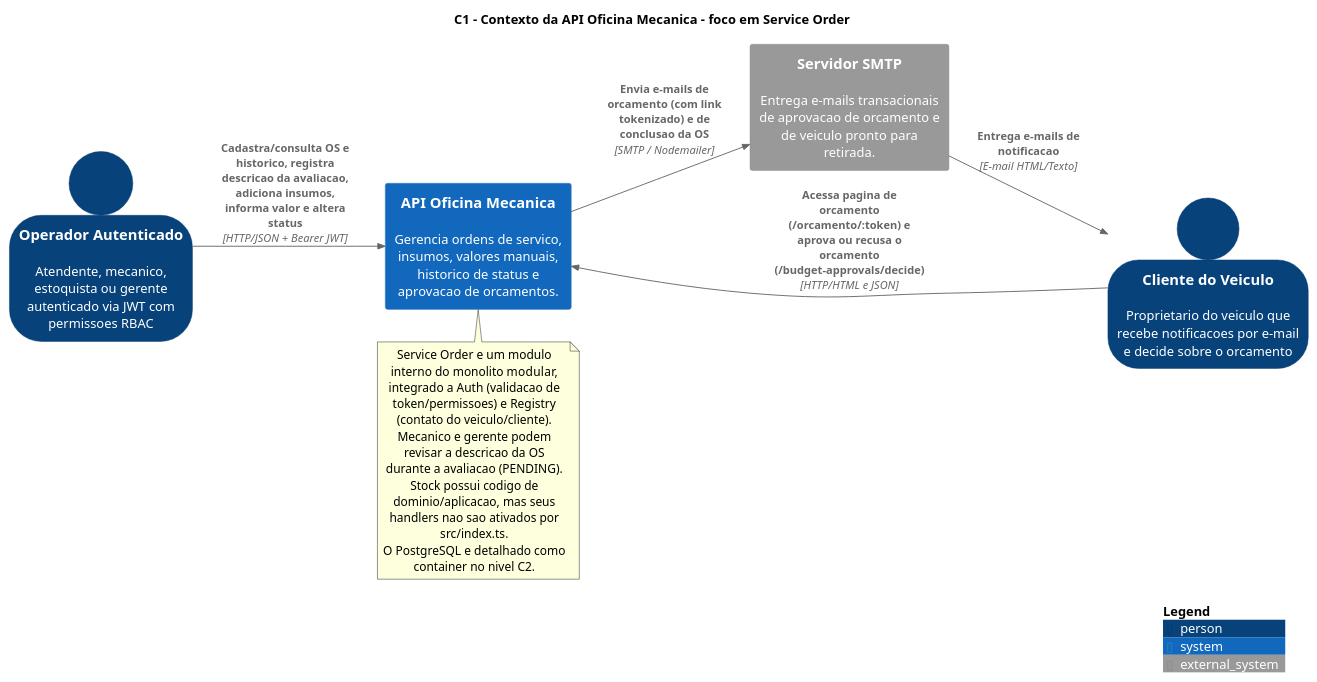
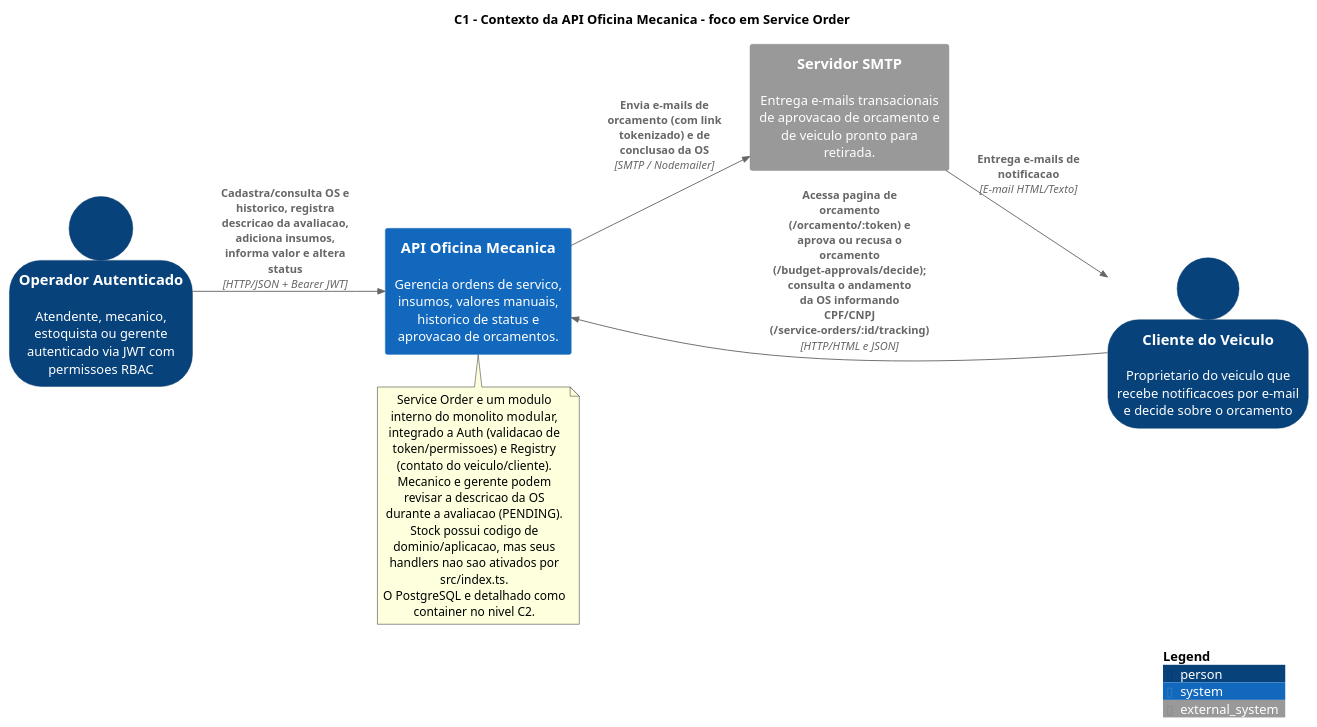
One commit to 15soat-fiap-45/api.mecanica changed the diagram in docs/plantuml/c4-service-order-context.puml. Above: the diagram before and after it, drawn with PlantUML. The commit also changed 21 other files, not shown here.

```diff
--- a/docs/plantuml/c4-service-order-context.puml
+++ b/docs/plantuml/c4-service-order-context.puml
@@ -1,25 +1,25 @@
 @startuml service_order_c1_context
 !include https://raw.githubusercontent.com/plantuml-stdlib/C4-PlantUML/master/C4_Context.puml
 title C1 - Contexto da API Oficina Mecanica - foco em Service Order
 LAYOUT_LEFT_RIGHT()
 SHOW_PERSON_OUTLINE()
 
 Person(operator, "Operador Autenticado", "Atendente, mecanico, estoquista ou gerente autenticado via JWT com permissoes RBAC")
 Person(customer, "Cliente do Veiculo", "Proprietario do veiculo que recebe notificacoes por e-mail e decide sobre o orcamento")
 System(workshop, "API Oficina Mecanica", "Gerencia ordens de servico, insumos, valores manuais, historico de status e aprovacao de orcamentos.")
 System_Ext(smtp, "Servidor SMTP", "Entrega e-mails transacionais de aprovacao de orcamento e de veiculo pronto para retirada.")
 
 Rel(operator, workshop, "Cadastra/consulta OS e historico, registra descricao da avaliacao, adiciona insumos, informa valor e altera status", "HTTP/JSON + Bearer JWT")
 Rel(workshop, smtp, "Envia e-mails de orcamento (com link tokenizado) e de conclusao da OS", "SMTP / Nodemailer")
 Rel(smtp, customer, "Entrega e-mails de notificacao", "E-mail HTML/Texto")
-Rel(customer, workshop, "Acessa pagina de orcamento (/orcamento/:token) e aprova ou recusa o orcamento (/budget-approvals/decide)", "HTTP/HTML e JSON")
+Rel(customer, workshop, "Acessa pagina de orcamento (/orcamento/:token) e aprova ou recusa o orcamento (/budget-approvals/decide); consulta o andamento da OS informando CPF/CNPJ (/service-orders/:id/tracking)", "HTTP/HTML e JSON")
 
 note bottom of workshop
   Service Order e um modulo interno do monolito modular,
   integrado a Auth (validacao de token/permissoes) e Registry (contato do veiculo/cliente).
   Mecanico e gerente podem revisar a descricao da OS durante a avaliacao (PENDING).
   Stock possui codigo de dominio/aplicacao, mas seus handlers nao sao ativados por src/index.ts.
   O PostgreSQL e detalhado como container no nivel C2.
 end note
 SHOW_LEGEND()
 @enduml
```
